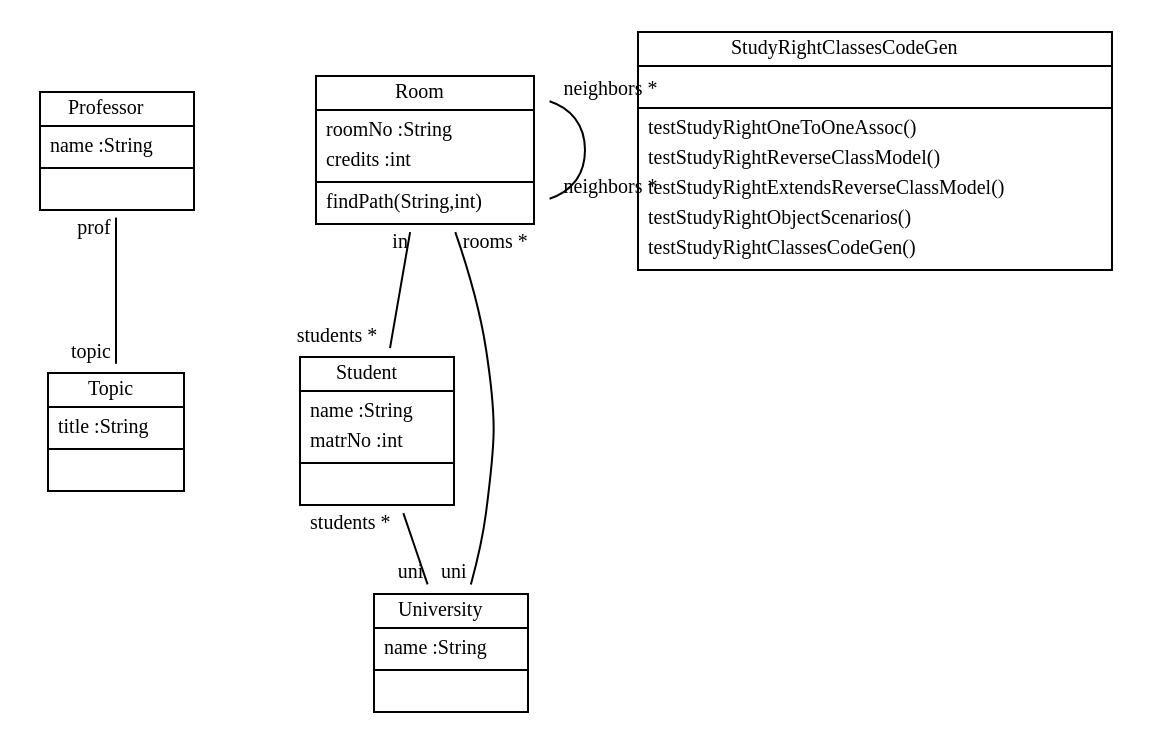
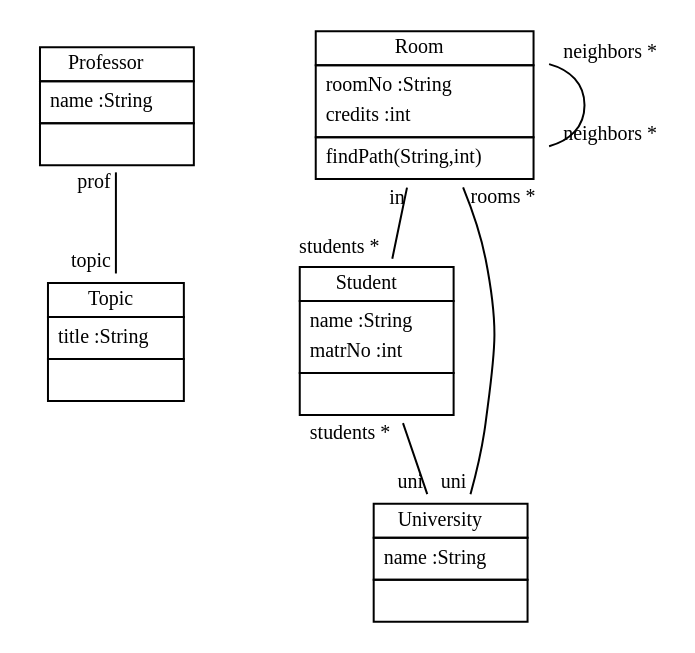
One commit to fujaba/SDMLib changed the diagram in doc/StudyRightReverseClassModel.dot. Above: the diagram before and after it, drawn with Graphviz. The commit also changed 44 other files, not shown here.

```diff
--- a/doc/StudyRightReverseClassModel.dot
+++ b/doc/StudyRightReverseClassModel.dot
@@ -1,21 +1,20 @@
 
  digraph ClassDiagram {
     node [shape = none, fontsize = 10]; 
     edge [fontsize = 10];
     
     
     Professor [label=<<table border='0' cellborder='1' cellspacing='0'> <tr> <td>Professor</td> </tr> <tr><td><table border='0' cellborder='0' cellspacing='0'> <tr><td align='left'>name :String</td></tr>  </table></td></tr> <tr><td><table border='0' cellborder='0' cellspacing='0'> <tr><td> </td></tr> </table></td></tr> </table>>];
     Topic [label=<<table border='0' cellborder='1' cellspacing='0'> <tr> <td>Topic</td> </tr> <tr><td><table border='0' cellborder='0' cellspacing='0'> <tr><td align='left'>title :String</td></tr>  </table></td></tr> <tr><td><table border='0' cellborder='0' cellspacing='0'> <tr><td> </td></tr> </table></td></tr> </table>>];
     Room [label=<<table border='0' cellborder='1' cellspacing='0'> <tr> <td>Room</td> </tr> <tr><td><table border='0' cellborder='0' cellspacing='0'> <tr><td align='left'>roomNo :String</td></tr> <tr><td align='left'>credits :int</td></tr>  </table></td></tr> <tr><td><table border='0' cellborder='0' cellspacing='0'> <tr><td align='left'>findPath(String,int)</td></tr>  </table></td></tr> </table>>];
     Student [label=<<table border='0' cellborder='1' cellspacing='0'> <tr> <td>Student</td> </tr> <tr><td><table border='0' cellborder='0' cellspacing='0'> <tr><td align='left'>name :String</td></tr> <tr><td align='left'>matrNo :int</td></tr>  </table></td></tr> <tr><td><table border='0' cellborder='0' cellspacing='0'> <tr><td> </td></tr> </table></td></tr> </table>>];
-    StudyRightClassesCodeGen [label=<<table border='0' cellborder='1' cellspacing='0'> <tr> <td>StudyRightClassesCodeGen</td> </tr> <tr><td><table border='0' cellborder='0' cellspacing='0'> <tr><td> </td></tr> </table></td></tr> <tr><td><table border='0' cellborder='0' cellspacing='0'> <tr><td align='left'>testStudyRightOneToOneAssoc()</td></tr> <tr><td align='left'>testStudyRightReverseClassModel()</td></tr> <tr><td align='left'>testStudyRightExtendsReverseClassModel()</td></tr> <tr><td align='left'>testStudyRightObjectScenarios()</td></tr> <tr><td align='left'>testStudyRightClassesCodeGen()</td></tr>  </table></td></tr> </table>>];
     University [label=<<table border='0' cellborder='1' cellspacing='0'> <tr> <td>University</td> </tr> <tr><td><table border='0' cellborder='0' cellspacing='0'> <tr><td align='left'>name :String</td></tr>  </table></td></tr> <tr><td><table border='0' cellborder='0' cellspacing='0'> <tr><td> </td></tr> </table></td></tr> </table>>];
     
     
     
     Professor -> Topic [headlabel = "topic" taillabel = "prof" arrowhead = "none" ];
     Room -> Room [headlabel = "neighbors *" taillabel = "neighbors *" arrowhead = "none" ];
     Room -> Student [headlabel = "students *" taillabel = "in" arrowhead = "none" ];
     Room -> University [headlabel = "uni" taillabel = "rooms *" arrowhead = "none" ];
     Student -> University [headlabel = "uni" taillabel = "students *" arrowhead = "none" ];
 }
```
